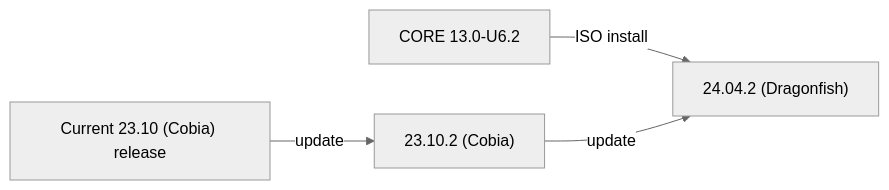
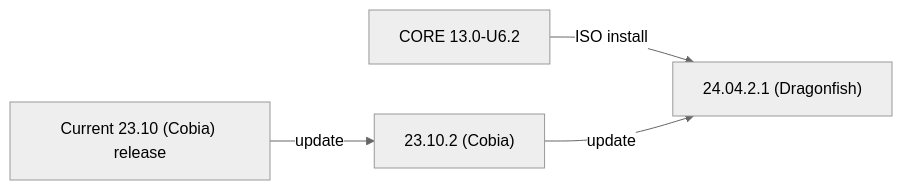
Before and after one commit to truenas/documentation: the second of 2 diagrams in static/includes/SCALEUpgradePaths.md, drawn with Mermaid (neutral theme). The commit also changed other lines of this file, not shown here.

```diff
--- a/static/includes/SCALEUpgradePaths.md
+++ b/static/includes/SCALEUpgradePaths.md
@@ -24,7 +24,7 @@
       {{< mermaid class="mermaid_sizing" >}}
       flowchart LR
         A["CORE 13.0-U6.2"] -->|ISO install| D
         B["Current 23.10 (Cobia) release"] -->|update| C
         C["23.10.2 (Cobia)"] -->|update| D
-        D["24.04.2 (Dragonfish)"]
+        D["24.04.2.1 (Dragonfish)"]
       {{< /mermaid >}}
```
